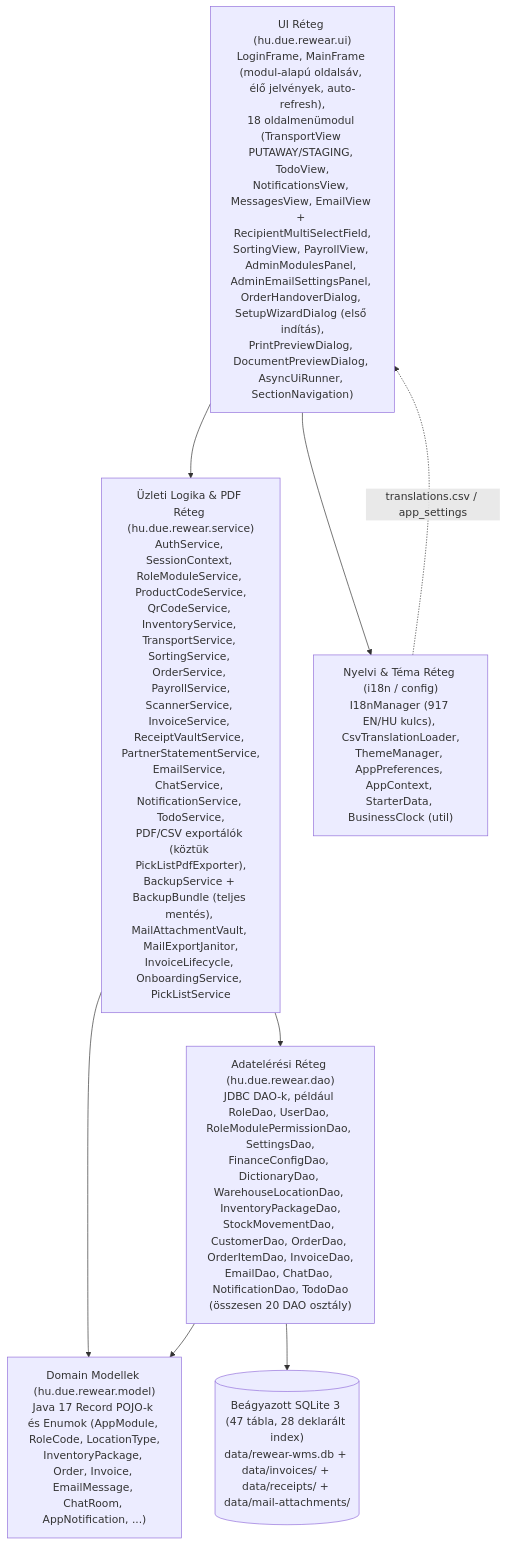
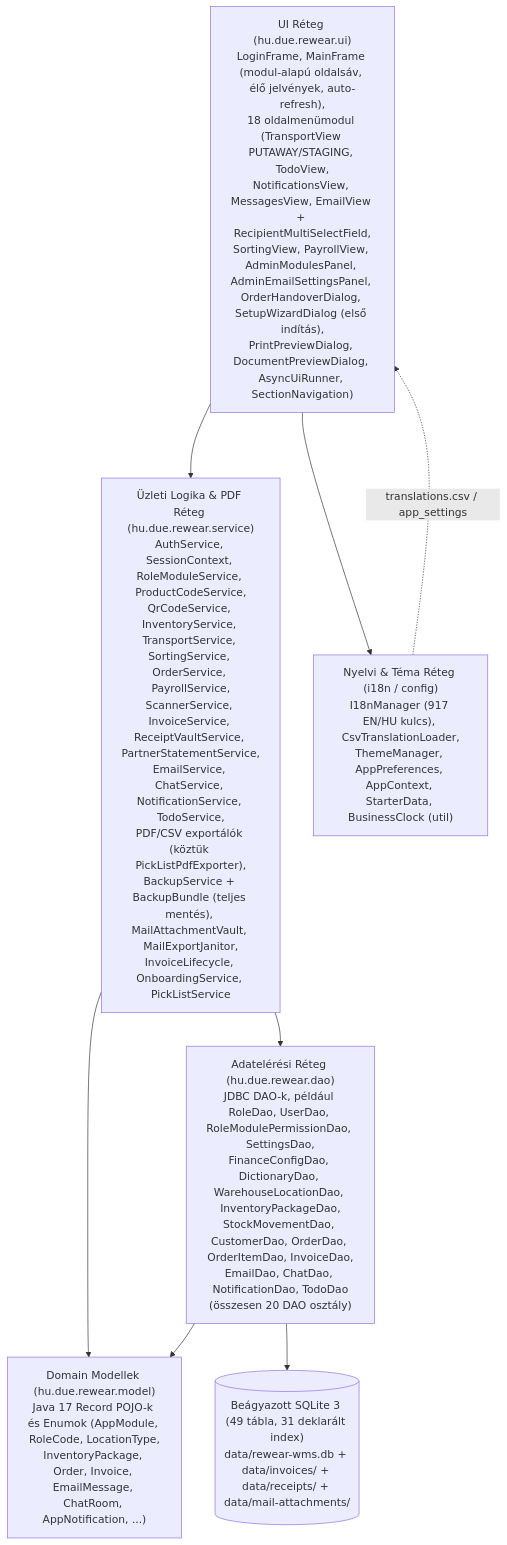
One commit to attilaczudor/due-prog-03 changed the first of 8 diagrams in docs/Programterv.md. Above: the diagram before and after it, drawn with Mermaid. The commit also changed other lines of this file and 20 other files, not shown here.

````diff
--- a/docs/Programterv.md
+++ b/docs/Programterv.md
@@ -11,17 +11,17 @@
 ```mermaid
 flowchart TD
     UI["UI Réteg (hu.due.rewear.ui)<br/>LoginFrame, MainFrame (modul-alapú oldalsáv, élő jelvények, auto-refresh),<br/>18 oldalmenümodul (TransportView PUTAWAY/STAGING, TodoView,<br/>NotificationsView, MessagesView, EmailView + RecipientMultiSelectField,<br/>SortingView, PayrollView, AdminModulesPanel, AdminEmailSettingsPanel, OrderHandoverDialog, SetupWizardDialog (első indítás),<br/>PrintPreviewDialog, DocumentPreviewDialog, AsyncUiRunner, SectionNavigation)"]
     SVC["Üzleti Logika & PDF Réteg (hu.due.rewear.service)<br/>AuthService, SessionContext, RoleModuleService, ProductCodeService,<br/>QrCodeService, InventoryService, TransportService, SortingService, OrderService, PayrollService,<br/>ScannerService, InvoiceService, ReceiptVaultService, PartnerStatementService,<br/>EmailService, ChatService, NotificationService, TodoService,<br/>PDF/CSV exportálók (köztük PickListPdfExporter),<br/>BackupService + BackupBundle (teljes mentés), MailAttachmentVault, MailExportJanitor,<br/>InvoiceLifecycle, OnboardingService, PickListService"]
     I18N["Nyelvi & Téma Réteg (i18n / config)<br/>I18nManager (917 EN/HU kulcs), CsvTranslationLoader,<br/>ThemeManager, AppPreferences, AppContext, StarterData, BusinessClock (util)"]
     DAO["Adatelérési Réteg (hu.due.rewear.dao)<br/>JDBC DAO-k, például RoleDao, UserDao, RoleModulePermissionDao, SettingsDao,<br/>FinanceConfigDao, DictionaryDao, WarehouseLocationDao, InventoryPackageDao,<br/>StockMovementDao, CustomerDao, OrderDao, OrderItemDao, InvoiceDao,<br/>EmailDao, ChatDao, NotificationDao, TodoDao<br/>(összesen 20 DAO osztály)"]
     MODEL["Domain Modellek (hu.due.rewear.model)<br/>Java 17 Record POJO-k és Enumok (AppModule, RoleCode, LocationType,<br/>InventoryPackage, Order, Invoice, EmailMessage, ChatRoom, AppNotification, ...)"]
-    DB[("Beágyazott SQLite 3 (47 tábla, 28 deklarált index)<br/>data/rewear-wms.db + data/invoices/ + data/receipts/ + data/mail-attachments/")]
+    DB[("Beágyazott SQLite 3 (49 tábla, 31 deklarált index)<br/>data/rewear-wms.db + data/invoices/ + data/receipts/ + data/mail-attachments/")]
 
     UI --> SVC
     UI --> I18N
     SVC --> DAO
     SVC --> MODEL
     DAO --> MODEL
     DAO --> DB
     I18N -.->|"translations.csv / app_settings"| UI
 ```
````
